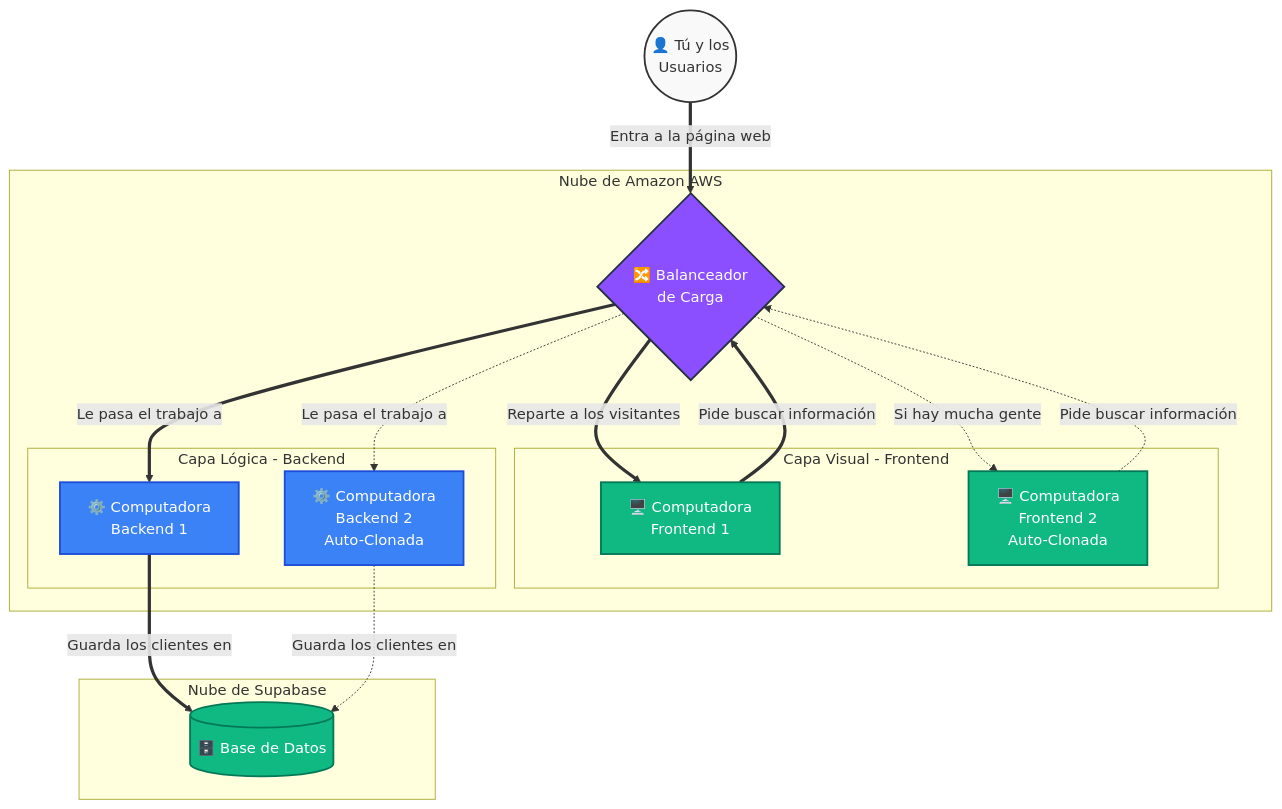
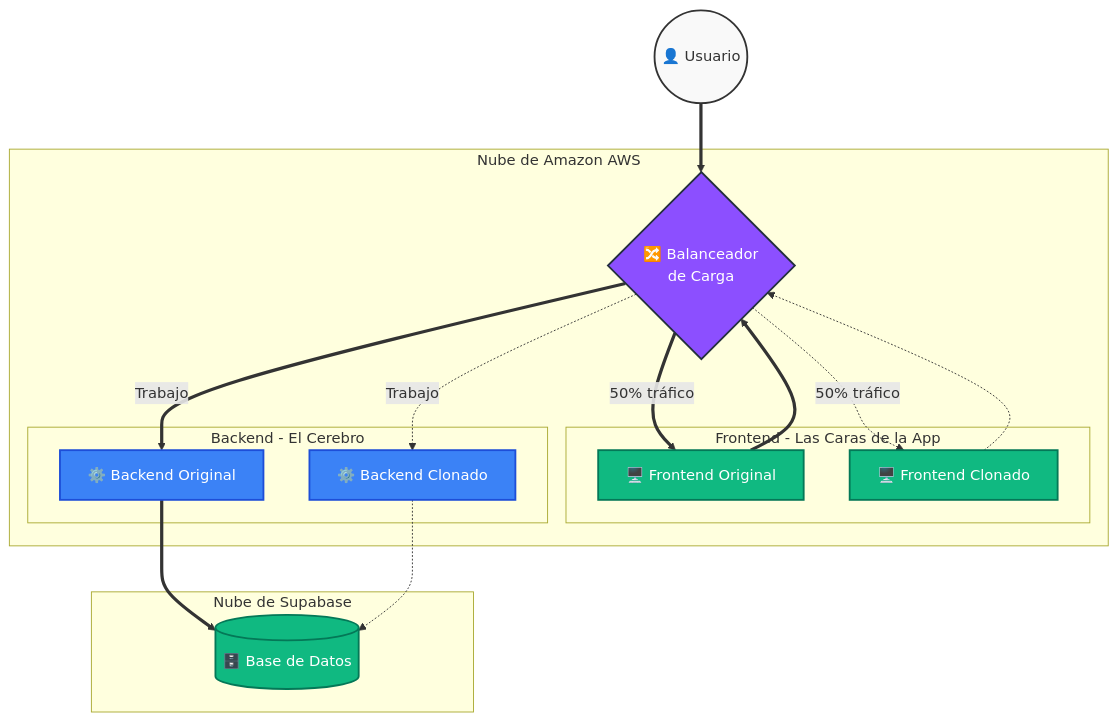
Before and after one commit to EdvancAntonio07/Crud-Cloud: the diagram in DOCUMENTACION_AWS.md, drawn with Mermaid. The commit also changed other lines of this file, not shown here.

Commit message:
Mejora visual y redacción de la documentación técnica

````diff
--- a/DOCUMENTACION_AWS.md
+++ b/DOCUMENTACION_AWS.md
@@ -16,44 +21,39 @@
 ```mermaid
 graph TD
-    %% Estilos
     classDef usuario fill:#f9f9f9,stroke:#333,stroke-width:2px;
     classDef aws fill:#FF9900,stroke:#232F3E,stroke-width:2px,color:#fff;
     classDef balancer fill:#8C4FFF,stroke:#232F3E,stroke-width:2px,color:#fff;
     classDef frontend fill:#10B981,stroke:#047857,stroke-width:2px,color:#fff;
     classDef backend fill:#3B82F6,stroke:#1D4ED8,stroke-width:2px,color:#fff;
     classDef db fill:#10B981,stroke:#047857,stroke-width:2px,color:#fff;
 
-    Usuario((👤 Tú y los <br>Usuarios)):::usuario
+    Usuario((👤 Usuario)):::usuario
     
     subgraph Nube de Amazon AWS
         ALB{🔀 Balanceador <br>de Carga}:::balancer
         
-        subgraph Capa Visual - Frontend
-            F1[🖥️ Computadora <br>Frontend 1]:::frontend
-            F2[🖥️ Computadora <br>Frontend 2 <br> Auto-Clonada]:::frontend
+        subgraph Frontend - Las Caras de la App
+            F1[🖥️ Frontend Original]:::frontend
+            F2[🖥️ Frontend Clonado]:::frontend
         end
         
-        subgraph Capa Lógica - Backend
-            B1[⚙️ Computadora <br>Backend 1]:::backend
-            B2[⚙️ Computadora <br>Backend 2 <br> Auto-Clonada]:::backend
+        subgraph Backend - El Cerebro
+            B1[⚙️ Backend Original]:::backend
+            B2[⚙️ Backend Clonado]:::backend
         end
     end
     
     subgraph Nube de Supabase
         DB[(🗄️ Base de Datos)]:::db
     end
 
-    %% Conexiones
-    Usuario ==>|Entra a la página web| ALB
-    ALB ==>|Reparte a los visitantes| F1
-    ALB -.->|Si hay mucha gente| F2
-    
-    F1 ==>|Pide buscar información| ALB
-    F2 -.->|Pide buscar información| ALB
-    
-    ALB ==>|Le pasa el trabajo a| B1
-    ALB -.->|Le pasa el trabajo a| B2
-    
-    B1 ==>|Guarda los clientes en| DB
-    B2 -.->|Guarda los clientes en| DB
+    Usuario ==> ALB
+    ALB ==>|50% tráfico| F1
+    ALB -.->|50% tráfico| F2
+    F1 ==> ALB
+    F2 -.-> ALB
+    ALB ==>|Trabajo| B1
+    ALB -.->|Trabajo| B2
+    B1 ==> DB
+    B2 -.-> DB
 ```
````
